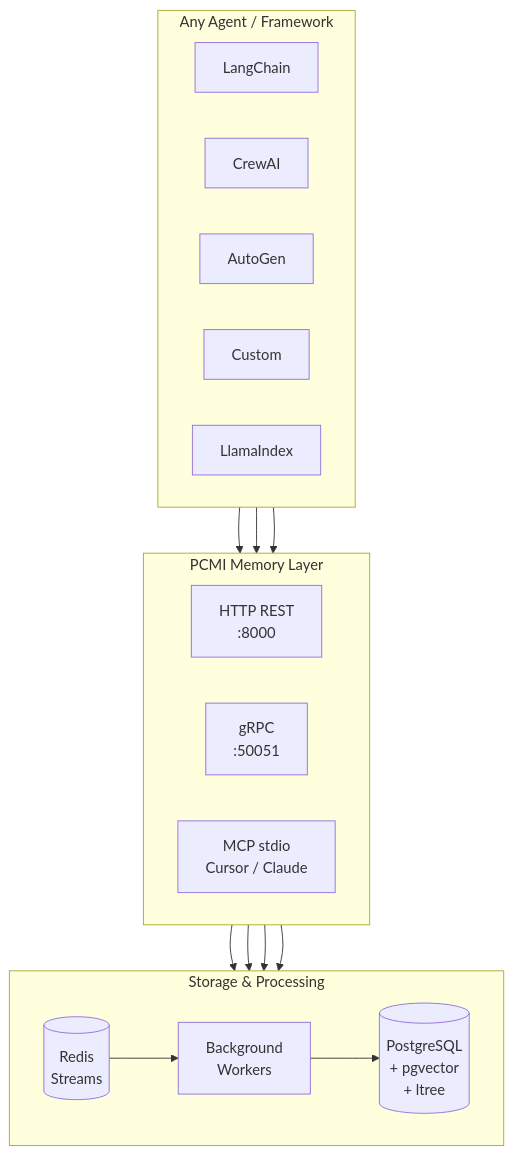
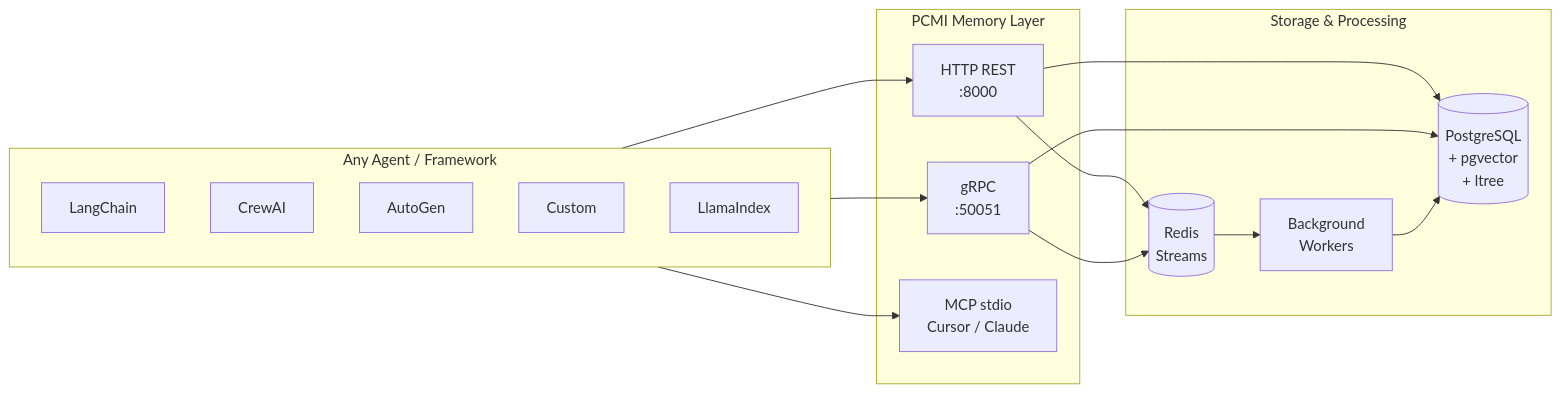
The first of 3 diagrams in README.md (marco-spagn/pcmi), drawn with Mermaid before and after one commit.

Commit message:
docs(readme): fix blank "The Solution" mermaid diagram on GitHub (#168)
The flowchart in "The Solution" rendered as an empty gap on github.com. It is
not a syntax error (mermaid-cli renders it fine); it trips the well-known GitHub
mermaid bug where per-subgraph `direction` combined with edges crossing subgraph
boundaries makes the diagram render blank on GitHub's pinned mermaid version.

Drop the three `direction LR` directives and switch the top-level flow to `LR`
so the pipeline still reads left→right (Agents → PCMI → Storage). Nodes and
edges are otherwise unchanged; verified it renders via mermaid-cli.

````diff
--- a/README.md
+++ b/README.md
@@ -68,35 +68,32 @@
 ```mermaid
-flowchart TB
+flowchart LR
   subgraph Agents["Any Agent / Framework"]
-    direction LR
     A1[LangChain]
     A2[CrewAI]
     A3[AutoGen]
     A4[Custom]
     A5[LlamaIndex]
   end
 
   subgraph PCMI["PCMI Memory Layer"]
-    direction LR
     HTTP[HTTP REST<br/>:8000]
     GRPC[gRPC<br/>:50051]
     MCP[MCP stdio<br/>Cursor / Claude]
   end
 
   subgraph Store["Storage & Processing"]
-    direction LR
     PG[(PostgreSQL<br/>+ pgvector<br/>+ ltree)]
     RD[(Redis<br/>Streams)]
     W[Background<br/>Workers]
   end
 
   Agents --> HTTP
   Agents --> GRPC
   Agents --> MCP
   HTTP --> PG
   GRPC --> PG
   HTTP --> RD
   GRPC --> RD
   RD --> W
   W --> PG
 ```
````
